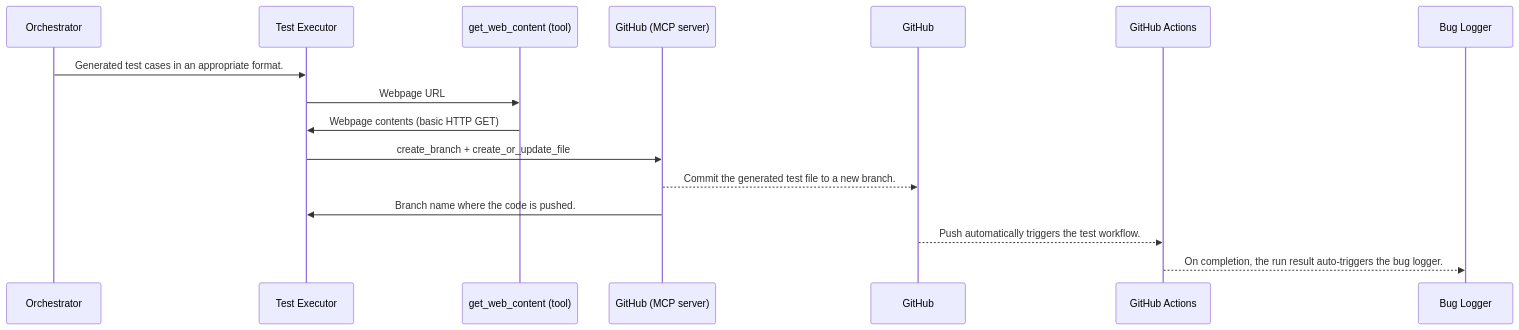
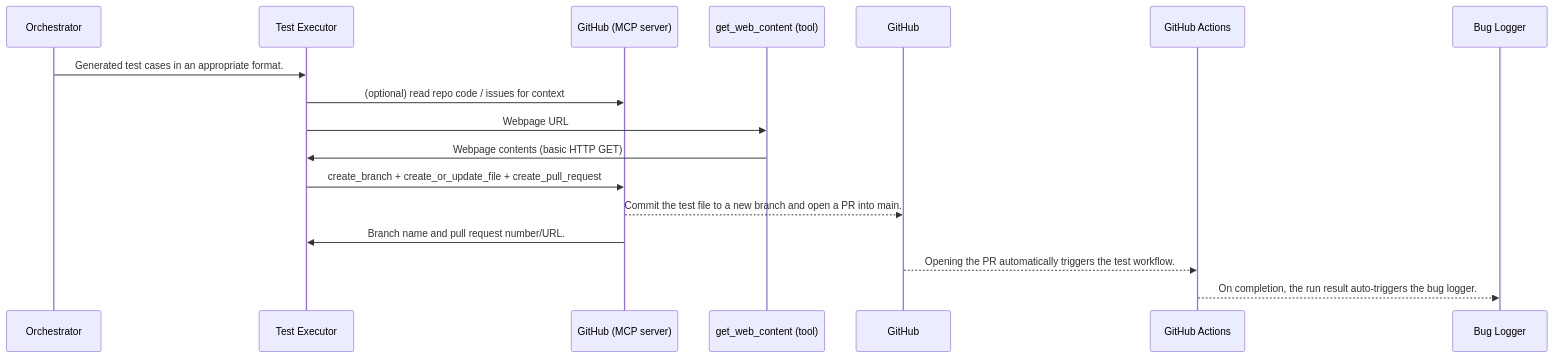
One commit to yashovardhan99/stlc-foundry-solution changed the diagram in README.md. Above: the diagram before and after it, drawn with Mermaid. The commit also changed other lines of this file and 6 other files, not shown here.

Commit message:
Restrict GitHub MCP allowed tools and allow agents to query issues/code etc.

````diff
--- a/README.md
+++ b/README.md
@@ -23,11 +24,12 @@
 ``` mermaid
 sequenceDiagram
     Orchestrator ->> Test Executor: Generated test cases in an appropriate format.
+    Test Executor ->> GitHub (MCP server): (optional) read repo code / issues for context
     Test Executor ->> get_web_content (tool): Webpage URL
     get_web_content (tool) ->> Test Executor: Webpage contents (basic HTTP GET)
-    Test Executor ->> GitHub (MCP server): create_branch + create_or_update_file
-    GitHub (MCP server) -->> GitHub: Commit the generated test file to a new branch.
-    GitHub (MCP server) ->> Test Executor: Branch name where the code is pushed.
-    GitHub -->> GitHub Actions: Push automatically triggers the test workflow.
+    Test Executor ->> GitHub (MCP server): create_branch + create_or_update_file + create_pull_request
+    GitHub (MCP server) -->> GitHub: Commit the test file to a new branch and open a PR into main.
+    GitHub (MCP server) ->> Test Executor: Branch name and pull request number/URL.
+    GitHub -->> GitHub Actions: Opening the PR automatically triggers the test workflow.
     GitHub Actions -->> Bug Logger: On completion, the run result auto-triggers the bug logger.
 ```
````
